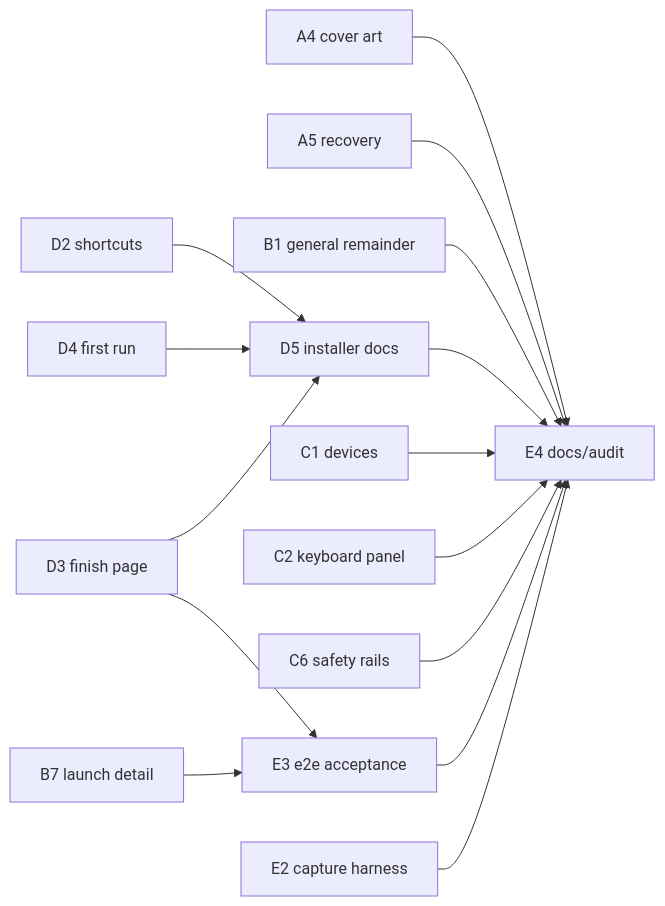
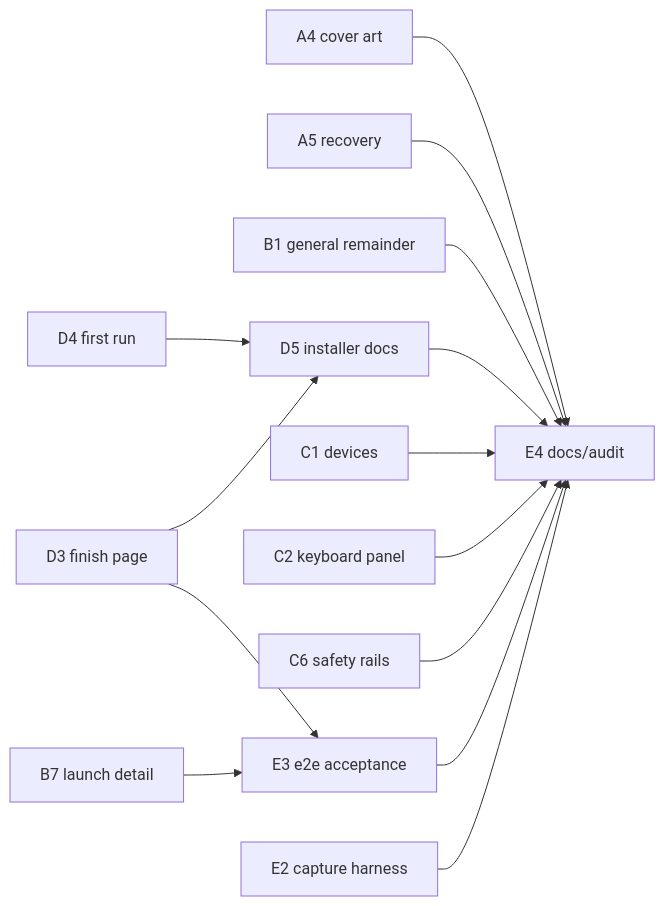
One commit to gabrielofavero/rb-blitz-xenon-recomp changed the diagram in docs/plans/launcher-plan.md. Above: the diagram before and after it, drawn with Mermaid. The commit also changed other lines of this file and 2 other files, not shown here.

First line of the commit message:
Implement D2: launcher shortcuts and the launchericon task

````diff
--- a/docs/plans/launcher-plan.md
+++ b/docs/plans/launcher-plan.md
@@ -1137,23 +1124,23 @@
 ```mermaid
 graph LR
   A4[A4 cover art]
   A5[A5 recovery]
   B1[B1 general remainder]
   B7[B7 launch detail] --> E3[E3 e2e acceptance]
   C1[C1 devices]
   C2[C2 keyboard panel]
   C6[C6 safety rails]
-  D2[D2 shortcuts] --> D5[D5 installer docs]
+  D5[D5 installer docs]
   D3[D3 finish page] --> D5
   D4[D4 first run] --> D5
   D3 --> E3
   A4 --> E4[E4 docs/audit]
   A5 --> E4
   B1 --> E4
   C1 --> E4
   C2 --> E4
   C6 --> E4
   D5 --> E4
   E2[E2 capture harness] --> E4
   E3 --> E4
 ```
````
